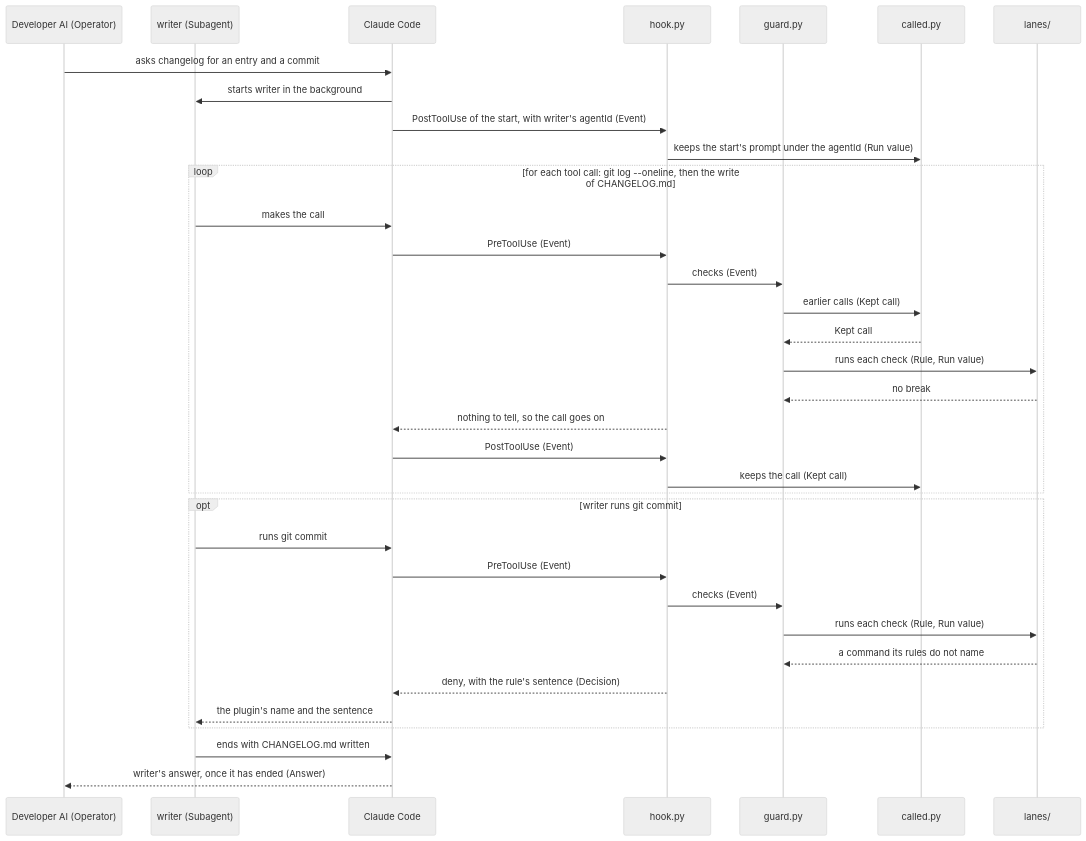
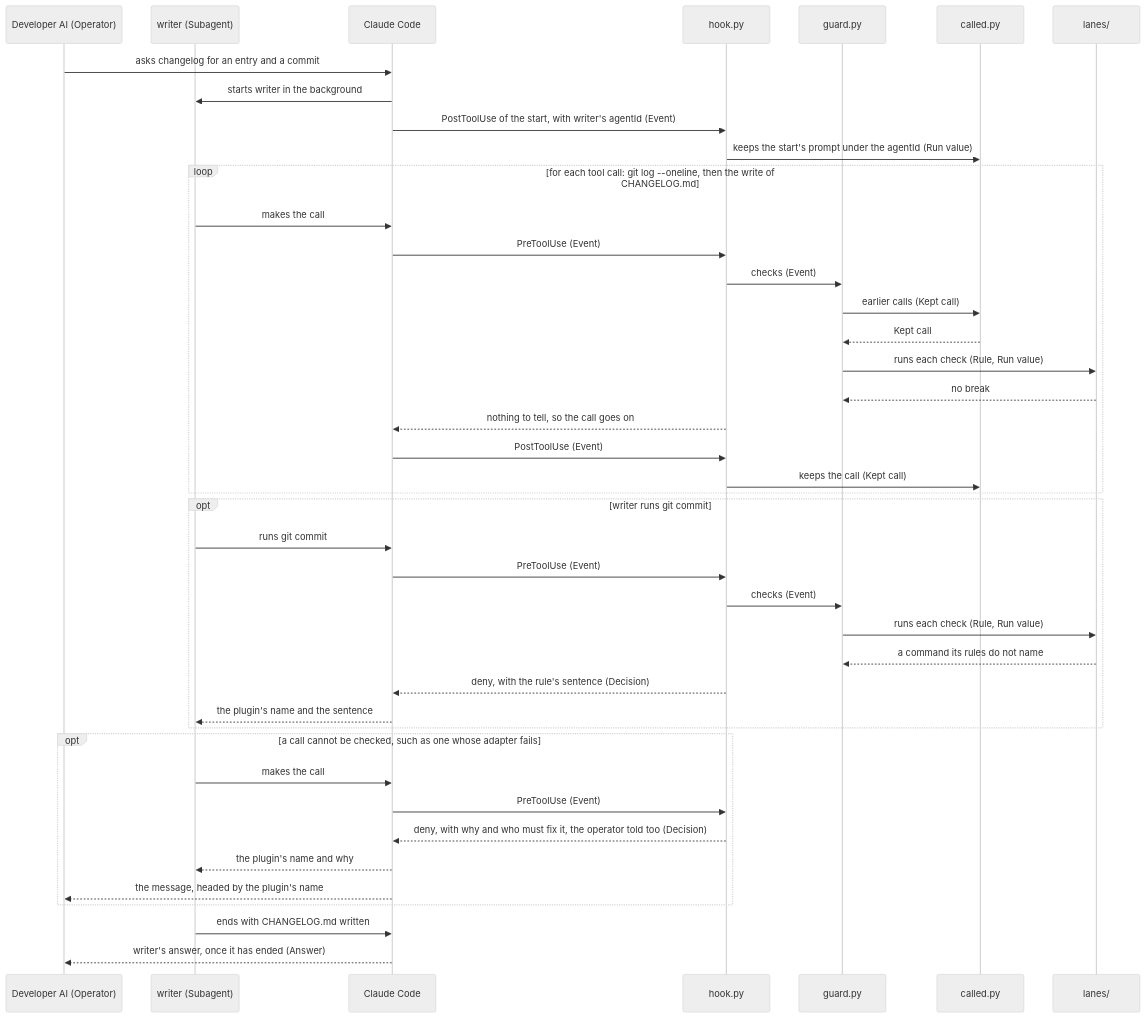
One commit to lovaizu/ccpm changed the fourth of 7 diagrams in dev/lane/architecture.md. Above: the diagram before and after it, drawn with Mermaid (neutral theme). The commit also changed other lines of this file and 4 other files, not shown here.

````diff
--- a/dev/lane/architecture.md
+++ b/dev/lane/architecture.md
@@ -227,37 +264,44 @@
 ```mermaid
 sequenceDiagram
   participant OP as Developer AI (Operator)
   participant SA as writer (Subagent)
   participant CC as Claude Code
   participant H as hook.py
   participant G as guard.py
   participant C as called.py
   participant LN as lanes/
   OP->>CC: asks changelog for an entry and a commit
   CC->>SA: starts writer in the background
   CC->>H: PostToolUse of the start, with writer's agentId (Event)
   H->>C: keeps the start's prompt under the agentId (Run value)
   loop for each tool call: git log --oneline, then the write of CHANGELOG.md
     SA->>CC: makes the call
     CC->>H: PreToolUse (Event)
     H->>G: checks (Event)
     G->>C: earlier calls (Kept call)
     C-->>G: Kept call
     G->>LN: runs each check (Rule, Run value)
     LN-->>G: no break
     H-->>CC: nothing to tell, so the call goes on
     CC->>H: PostToolUse (Event)
     H->>C: keeps the call (Kept call)
   end
   opt writer runs git commit
     SA->>CC: runs git commit
     CC->>H: PreToolUse (Event)
     H->>G: checks (Event)
     G->>LN: runs each check (Rule, Run value)
     LN-->>G: a command its rules do not name
     H-->>CC: deny, with the rule's sentence (Decision)
     CC-->>SA: the plugin's name and the sentence
   end
+  opt a call cannot be checked, such as one whose adapter fails
+    SA->>CC: makes the call
+    CC->>H: PreToolUse (Event)
+    H-->>CC: deny, with why and who must fix it, the operator told too (Decision)
+    CC-->>SA: the plugin's name and why
+    CC-->>OP: the message, headed by the plugin's name
+  end
   SA->>CC: ends with CHANGELOG.md written
   CC-->>OP: writer's answer, once it has ended (Answer)
 ```
````
